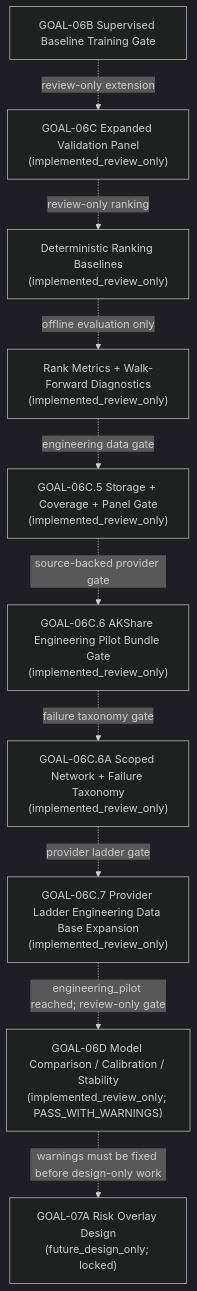
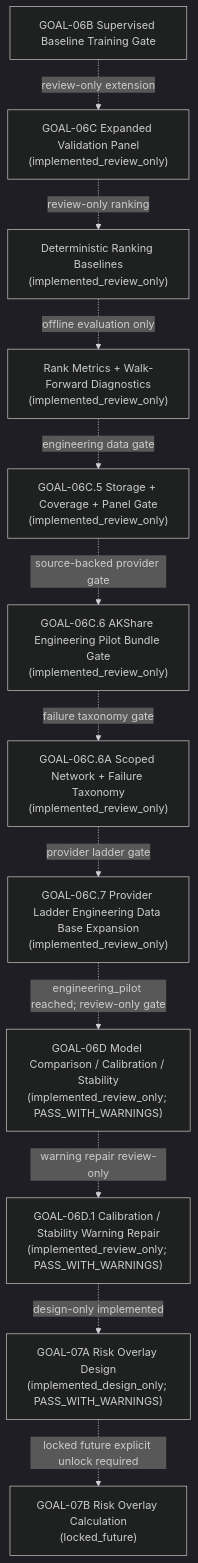
One commit to RyanLu0203/A_share_premarket_core changed the second of 2 diagrams in README.md. Above: the diagram before and after it, drawn with Mermaid (dark theme). The commit also changed other lines of this file and 81 other files, not shown here.

Commit message:
Add GOAL-07A risk overlay design gate

````diff
--- a/README.md
+++ b/README.md
@@ -81,12 +91,14 @@
 ```mermaid
 flowchart TD
     A["GOAL-06B Supervised Baseline Training Gate"] -. "review-only extension" .-> B["GOAL-06C Expanded Validation Panel<br/>(implemented_review_only)"]
     B -. "review-only ranking" .-> C["Deterministic Ranking Baselines<br/>(implemented_review_only)"]
     C -. "offline evaluation only" .-> D["Rank Metrics + Walk-Forward Diagnostics<br/>(implemented_review_only)"]
     D -. "engineering data gate" .-> E["GOAL-06C.5 Storage + Coverage + Panel Gate<br/>(implemented_review_only)"]
     E -. "source-backed provider gate" .-> G["GOAL-06C.6 AKShare Engineering Pilot Bundle Gate<br/>(implemented_review_only)"]
     G -. "failure taxonomy gate" .-> H["GOAL-06C.6A Scoped Network + Failure Taxonomy<br/>(implemented_review_only)"]
     H -. "provider ladder gate" .-> I["GOAL-06C.7 Provider Ladder Engineering Data Base Expansion<br/>(implemented_review_only)"]
     I -. "engineering_pilot reached; review-only gate" .-> F["GOAL-06D Model Comparison / Calibration / Stability<br/>(implemented_review_only; PASS_WITH_WARNINGS)"]
-    F -. "warnings must be fixed before design-only work" .-> J["GOAL-07A Risk Overlay Design<br/>(future_design_only; locked)"]
+    F -. "warning repair review-only" .-> I2["GOAL-06D.1 Calibration / Stability Warning Repair<br/>(implemented_review_only; PASS_WITH_WARNINGS)"]
+    I2 -. "design-only implemented" .-> J["GOAL-07A Risk Overlay Design<br/>(implemented_design_only; PASS_WITH_WARNINGS)"]
+    J -. "locked future explicit unlock required" .-> K["GOAL-07B Risk Overlay Calculation<br/>(locked_future)"]
 ```
````
